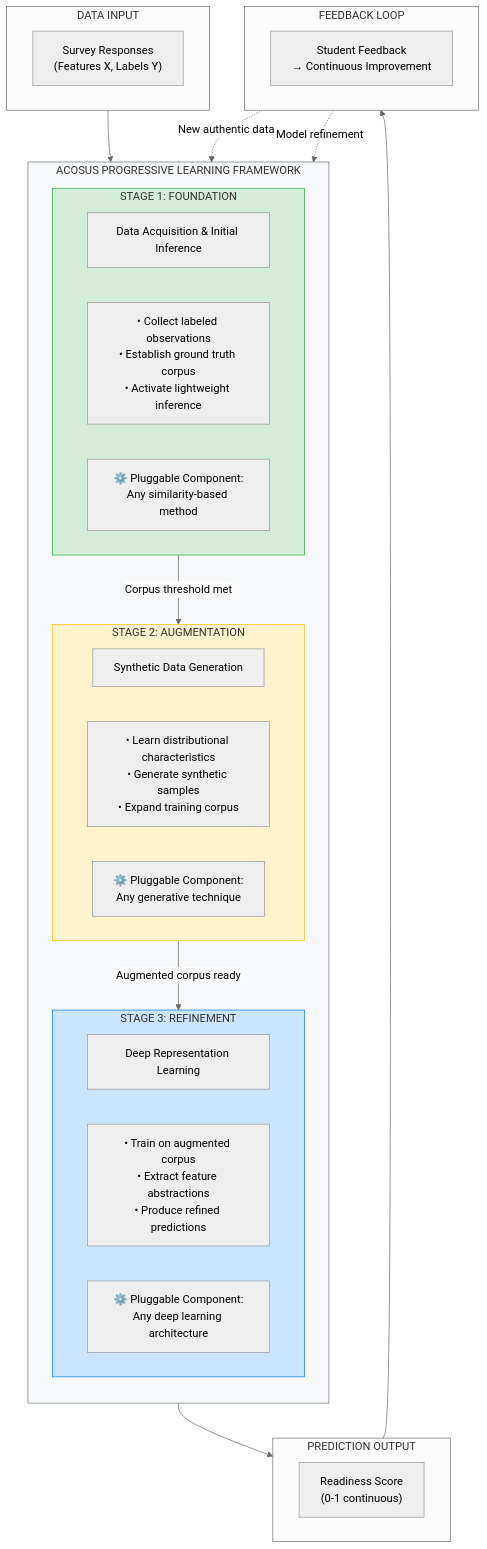
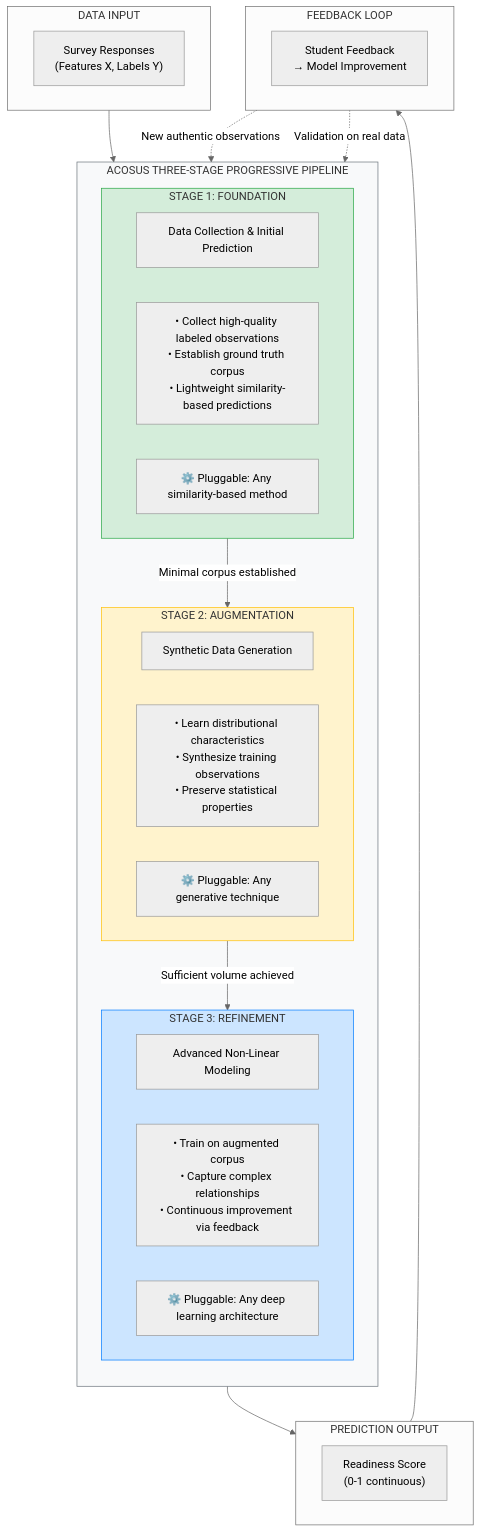
The first of 4 diagrams in research-paper/current/ACOSUS-Paper-Sections-3-4.md (mandloideep/acosus-presentation), drawn with Mermaid (neutral theme) before and after one commit. The commit also changed other lines of this file, not shown here.

Commit message:
Refine architectural description in Section 3.1 of ACOSUS paper to clarify the three-stage progressive pipeline and enhance terminology for data collection and model improvement.

````diff
--- a/research-paper/current/ACOSUS-Paper-Sections-3-4.md
+++ b/research-paper/current/ACOSUS-Paper-Sections-3-4.md
@@ -23,49 +23,49 @@
 ```mermaid
 flowchart TB
-    subgraph Framework["ACOSUS PROGRESSIVE LEARNING FRAMEWORK"]
+    subgraph Framework["ACOSUS THREE-STAGE PROGRESSIVE PIPELINE"]
         direction TB
 
         subgraph Stage1["STAGE 1: FOUNDATION"]
-            S1Title["Data Acquisition & Initial Inference"]
-            S1Desc["• Collect labeled observations<br/>• Establish ground truth corpus<br/>• Activate lightweight inference"]
-            S1Plug["⚙️ Pluggable Component:<br/>Any similarity-based method"]
+            S1Title["Data Collection & Initial Prediction"]
+            S1Desc["• Collect high-quality labeled observations<br/>• Establish ground truth corpus<br/>• Lightweight similarity-based predictions"]
+            S1Plug["⚙️ Pluggable: Any similarity-based method"]
         end
 
         subgraph Stage2["STAGE 2: AUGMENTATION"]
             S2Title["Synthetic Data Generation"]
-            S2Desc["• Learn distributional characteristics<br/>• Generate synthetic samples<br/>• Expand training corpus"]
-            S2Plug["⚙️ Pluggable Component:<br/>Any generative technique"]
+            S2Desc["• Learn distributional characteristics<br/>• Synthesize training observations<br/>• Preserve statistical properties"]
+            S2Plug["⚙️ Pluggable: Any generative technique"]
         end
 
         subgraph Stage3["STAGE 3: REFINEMENT"]
-            S3Title["Deep Representation Learning"]
-            S3Desc["• Train on augmented corpus<br/>• Extract feature abstractions<br/>• Produce refined predictions"]
-            S3Plug["⚙️ Pluggable Component:<br/>Any deep learning architecture"]
+            S3Title["Advanced Non-Linear Modeling"]
+            S3Desc["• Train on augmented corpus<br/>• Capture complex relationships<br/>• Continuous improvement via feedback"]
+            S3Plug["⚙️ Pluggable: Any deep learning architecture"]
         end
     end
 
     subgraph Input["DATA INPUT"]
         Surveys["Survey Responses<br/>(Features X, Labels Y)"]
     end
 
     subgraph Output["PREDICTION OUTPUT"]
         Score["Readiness Score<br/>(0-1 continuous)"]
     end
 
     subgraph Feedback["FEEDBACK LOOP"]
-        FB["Student Feedback<br/>→ Continuous Improvement"]
+        FB["Student Feedback<br/>→ Model Improvement"]
     end
 
     Input --> Stage1
-    Stage1 -->|"Corpus threshold met"| Stage2
-    Stage2 -->|"Augmented corpus ready"| Stage3
+    Stage1 -->|"Minimal corpus established"| Stage2
+    Stage2 -->|"Sufficient volume achieved"| Stage3
     Stage3 --> Output
     Output --> Feedback
-    Feedback -.->|"New authentic data"| Stage1
-    Feedback -.->|"Model refinement"| Stage3
+    Feedback -.->|"New authentic observations"| Stage1
+    Feedback -.->|"Validation on real data"| Stage3
 
     style Stage1 fill:#d4edda,stroke:#28a745
     style Stage2 fill:#fff3cd,stroke:#ffc107
     style Stage3 fill:#cce5ff,stroke:#007bff
     style Framework fill:#f8f9fa,stroke:#6c757d
 ```
````
